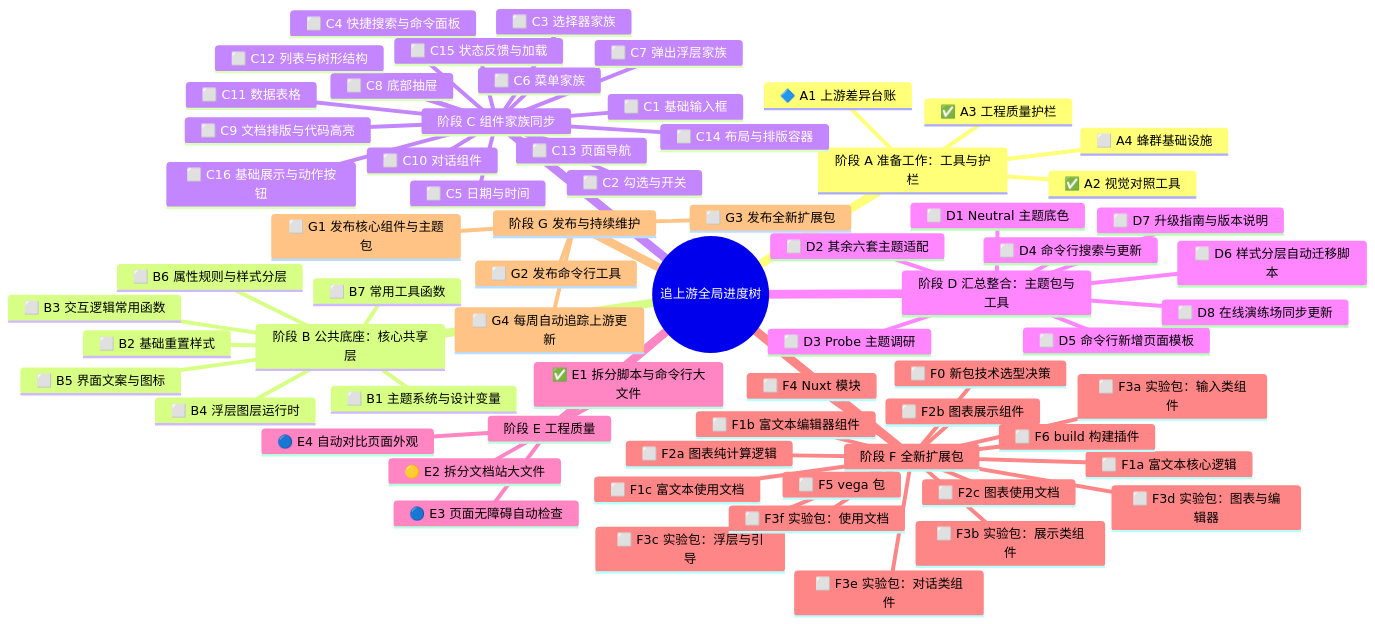
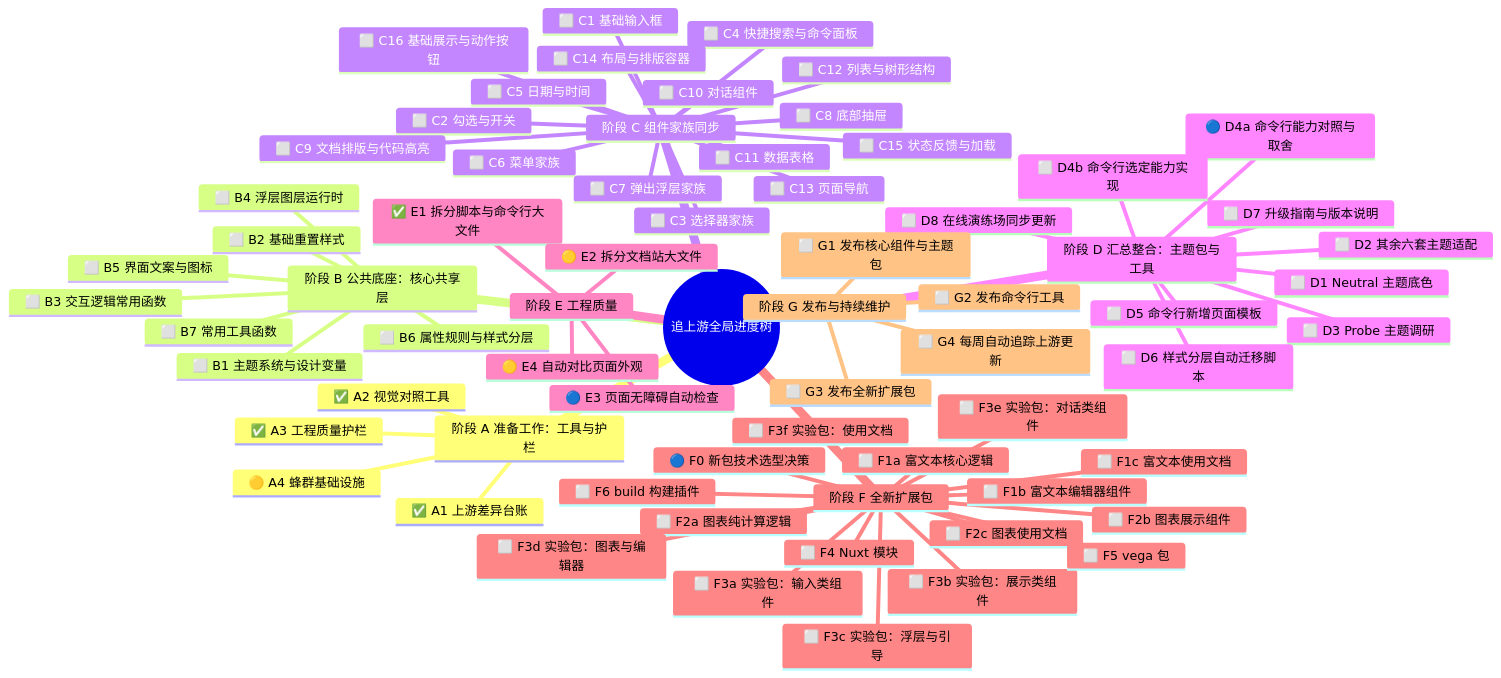
The first of 6 diagrams in .agents-work/upstream-sync/ROADMAP.md (astryx-vue/astryx-vue), drawn with Mermaid before and after one commit. The commit also changed other lines of this file and 5 other files, not shown here.

````diff
--- a/.agents-work/upstream-sync/ROADMAP.md
+++ b/.agents-work/upstream-sync/ROADMAP.md
@@ -8,70 +8,71 @@
 ```mermaid
 mindmap
   root((追上游全局进度树))
     阶段 A 准备工作：工具与护栏
-      🔷 A1 上游差异台账
+      ✅ A1 上游差异台账
       ✅ A2 视觉对照工具
       ✅ A3 工程质量护栏
-      ⬜ A4 蜂群基础设施
+      🟡 A4 蜂群基础设施
     阶段 B 公共底座：核心共享层
       ⬜ B1 主题系统与设计变量
       ⬜ B2 基础重置样式
       ⬜ B3 交互逻辑常用函数
       ⬜ B4 浮层图层运行时
       ⬜ B5 界面文案与图标
       ⬜ B6 属性规则与样式分层
       ⬜ B7 常用工具函数
     阶段 C 组件家族同步
       ⬜ C1 基础输入框
       ⬜ C2 勾选与开关
       ⬜ C3 选择器家族
       ⬜ C4 快捷搜索与命令面板
       ⬜ C5 日期与时间
       ⬜ C6 菜单家族
       ⬜ C7 弹出浮层家族
       ⬜ C8 底部抽屉
       ⬜ C9 文档排版与代码高亮
       ⬜ C10 对话组件
       ⬜ C11 数据表格
       ⬜ C12 列表与树形结构
       ⬜ C13 页面导航
       ⬜ C14 布局与排版容器
       ⬜ C15 状态反馈与加载
       ⬜ C16 基础展示与动作按钮
     阶段 D 汇总整合：主题包与工具
       ⬜ D1 Neutral 主题底色
       ⬜ D2 其余六套主题适配
       ⬜ D3 Probe 主题调研
-      ⬜ D4 命令行搜索与更新
+      🔵 D4a 命令行能力对照与取舍
+      ⬜ D4b 命令行选定能力实现
       ⬜ D5 命令行新增页面模板
       ⬜ D6 样式分层自动迁移脚本
       ⬜ D7 升级指南与版本说明
       ⬜ D8 在线演练场同步更新
     阶段 E 工程质量
       ✅ E1 拆分脚本与命令行大文件
       🟡 E2 拆分文档站大文件
       🔵 E3 页面无障碍自动检查
-      🔵 E4 自动对比页面外观
+      🟡 E4 自动对比页面外观
     阶段 F 全新扩展包
-      ⬜ F0 新包技术选型决策
+      🔵 F0 新包技术选型决策
       ⬜ F1a 富文本核心逻辑
       ⬜ F1b 富文本编辑器组件
       ⬜ F1c 富文本使用文档
       ⬜ F2a 图表纯计算逻辑
       ⬜ F2b 图表展示组件
       ⬜ F2c 图表使用文档
       ⬜ F3a 实验包：输入类组件
       ⬜ F3b 实验包：展示类组件
       ⬜ F3c 实验包：浮层与引导
       ⬜ F3d 实验包：图表与编辑器
       ⬜ F3e 实验包：对话类组件
       ⬜ F3f 实验包：使用文档
       ⬜ F4 Nuxt 模块
       ⬜ F5 vega 包
       ⬜ F6 build 构建插件
     阶段 G 发布与持续维护
       ⬜ G1 发布核心组件与主题包
       ⬜ G2 发布命令行工具
       ⬜ G3 发布全新扩展包
       ⬜ G4 每周自动追踪上游更新
 ```
````
